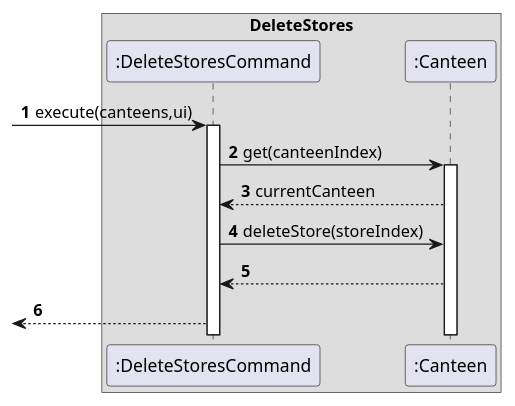
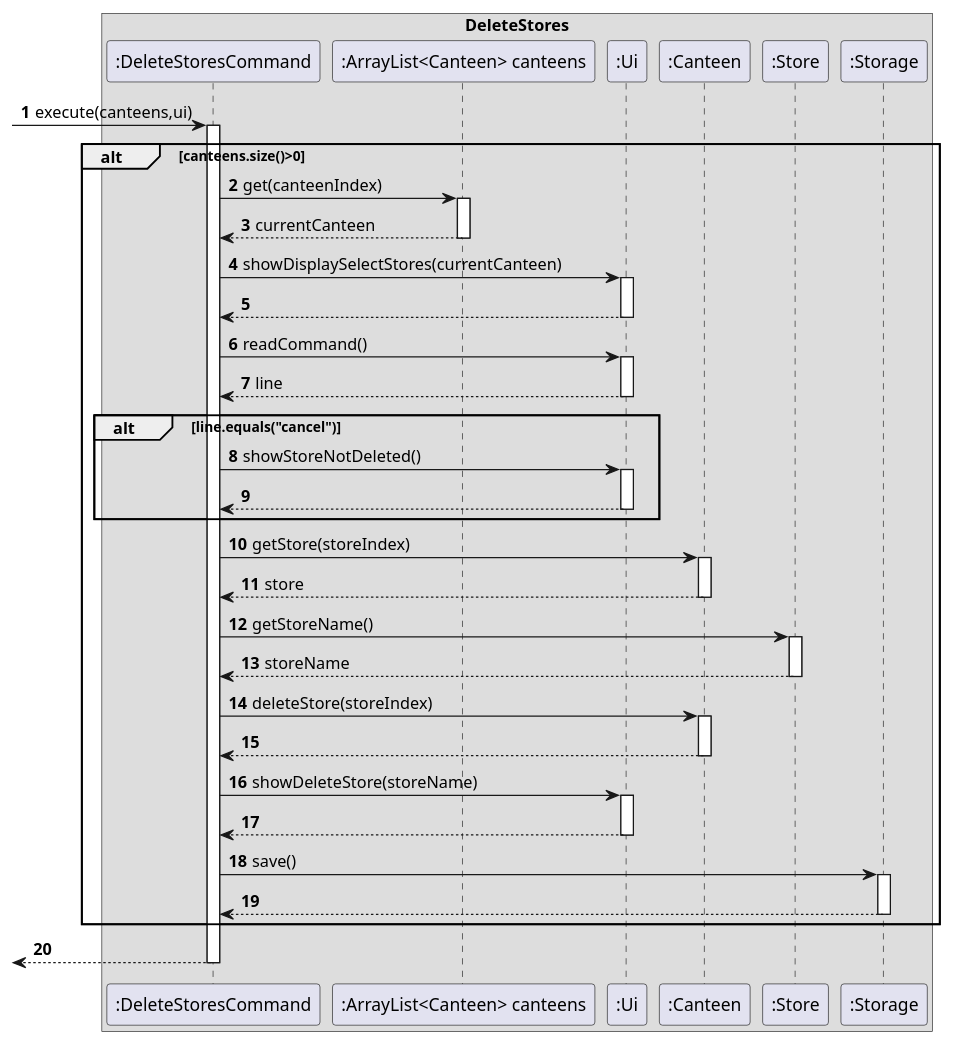
Before and after one commit to nus-cs2113-AY2021S2/tp: the diagram in docs/PlantUML/DeleteStores.puml, drawn with PlantUML. The commit also changed 7 other files, not shown here.

Commit message:
edit sequence diagram

```diff
--- a/docs/PlantUML/DeleteStores.puml
+++ b/docs/PlantUML/DeleteStores.puml
@@ -1,16 +1,52 @@
 @startuml
 'https://plantuml.com/sequence-diagram
 
 autonumber
 box DeleteStores
 
 
 ->":DeleteStoresCommand": execute(canteens,ui)
 activate ":DeleteStoresCommand"
-":DeleteStoresCommand"->":Canteen":get(canteenIndex)
-activate ":Canteen"
-":Canteen"-->":DeleteStoresCommand":currentCanteen
-":DeleteStoresCommand"->":Canteen":deleteStore(storeIndex)
-":Canteen"-->":DeleteStoresCommand"
+alt canteens.size()>0
+    ":DeleteStoresCommand"->":ArrayList<Canteen> canteens":get(canteenIndex)
+    activate ":ArrayList<Canteen> canteens"
+    ":ArrayList<Canteen> canteens"-->":DeleteStoresCommand":currentCanteen
+    deactivate ":ArrayList<Canteen> canteens"
+    ":DeleteStoresCommand"->":Ui":showDisplaySelectStores(currentCanteen)
+    activate ":Ui"
+    ":Ui"-->":DeleteStoresCommand"
+    deactivate ":Ui"
+    ":DeleteStoresCommand"->":Ui":readCommand()
+    activate ":Ui"
+    ":Ui"-->":DeleteStoresCommand":line
+    deactivate ":Ui"
+    alt line.equals("cancel")
+        ":DeleteStoresCommand"->":Ui":showStoreNotDeleted()
+        activate ":Ui"
+        ":Ui"-->":DeleteStoresCommand"
+        deactivate ":Ui"
+    end
+    ":DeleteStoresCommand"->":Canteen":getStore(storeIndex)
+    activate ":Canteen"
+    ":Canteen"-->":DeleteStoresCommand":store
+    deactivate ":Canteen"
+    ":DeleteStoresCommand"->":Store":getStoreName()
+    activate ":Store"
+    ":Store" --> ":DeleteStoresCommand": storeName
+    deactivate ":Store"
+    ":DeleteStoresCommand"->":Canteen":deleteStore(storeIndex)
+    activate ":Canteen"
+    ":Canteen"-->":DeleteStoresCommand"
+    deactivate ":Canteen"
+    ":DeleteStoresCommand"->":Ui":showDeleteStore(storeName)
+    activate ":Ui"
+    ":Ui"-->":DeleteStoresCommand"
+    deactivate ":Ui"
+    ":DeleteStoresCommand"->":Storage":save()
+    activate ":Storage"
+    ":Storage" -->":DeleteStoresCommand"
+    deactivate ":Storage"
+end
 <--":DeleteStoresCommand"
+deactivate ":DeleteStoresCommand"
 @enduml
```
